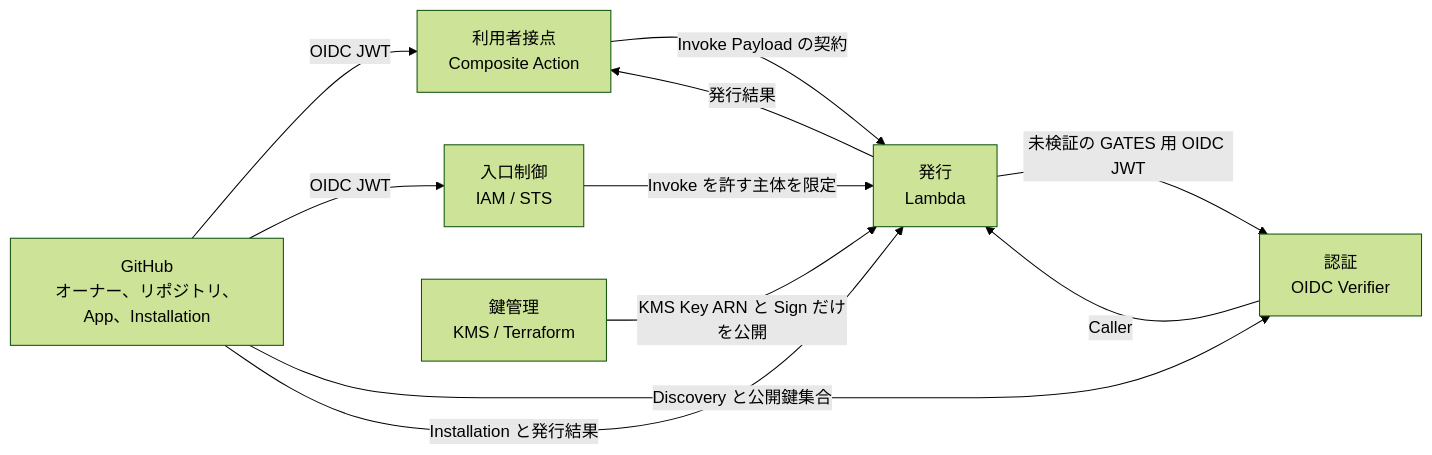
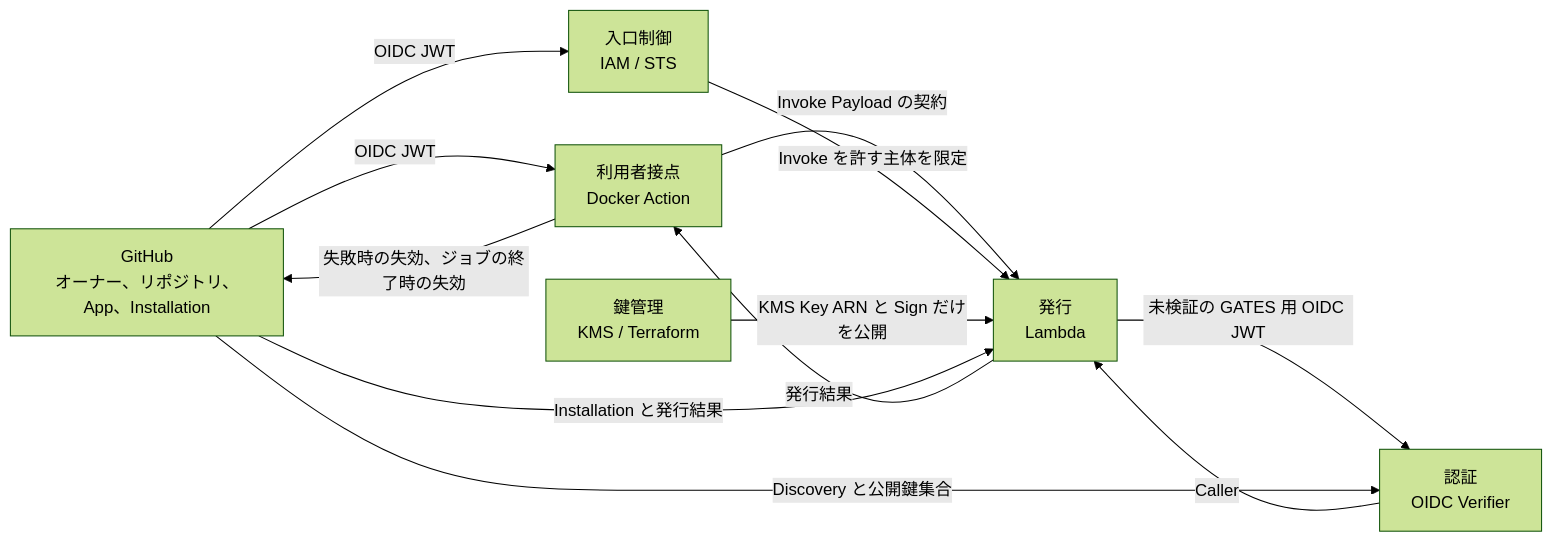
The third of 3 diagrams in docs/design/domain.md (tmknom/gates), drawn with Mermaid (forest theme) before and after one commit. The commit also changed other lines of this file and 10 other files, not shown here.

First line of the commit message:
docs(design): replace composite action with go docker action

````diff
--- a/docs/design/domain.md
+++ b/docs/design/domain.md
@@ -513,19 +531,20 @@
 ```mermaid
 flowchart LR
   GH[GitHub<br/>オーナー、リポジトリ、App、Installation]
-  UI[利用者接点<br/>Composite Action]
+  UI[利用者接点<br/>Docker Action]
   EC[入口制御<br/>IAM / STS]
   AN[認証<br/>OIDC Verifier]
   IS[発行<br/>Lambda]
   KC[鍵管理<br/>KMS / Terraform]
   UI -->|Invoke Payload の契約| IS
   EC -->|Invoke を許す主体を限定| IS
   IS -->|未検証の GATES 用 OIDC JWT| AN
   AN -->|Caller| IS
   KC -->|KMS Key ARN と Sign だけを公開| IS
   GH -->|OIDC JWT| UI
   GH -->|OIDC JWT| EC
   GH -->|Discovery と公開鍵集合| AN
   GH -->|Installation と発行結果| IS
   IS -->|発行結果| UI
+  UI -->|失敗時の失効、ジョブの終了時の失効| GH
 ```
````
